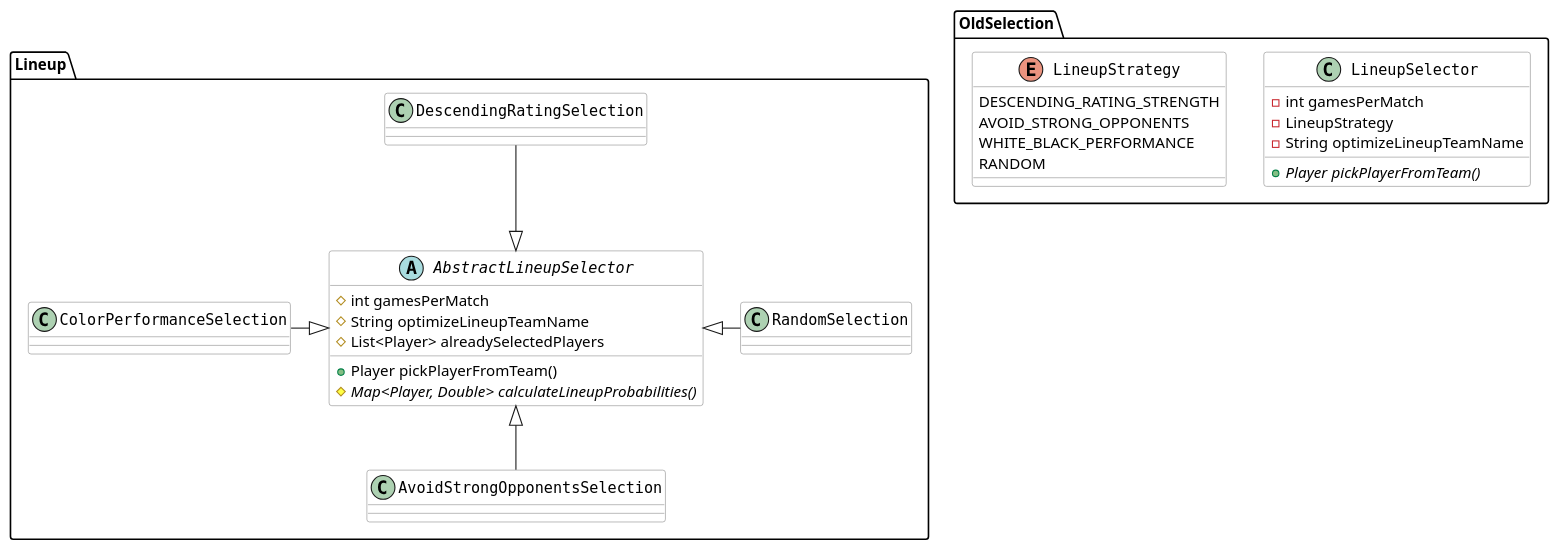
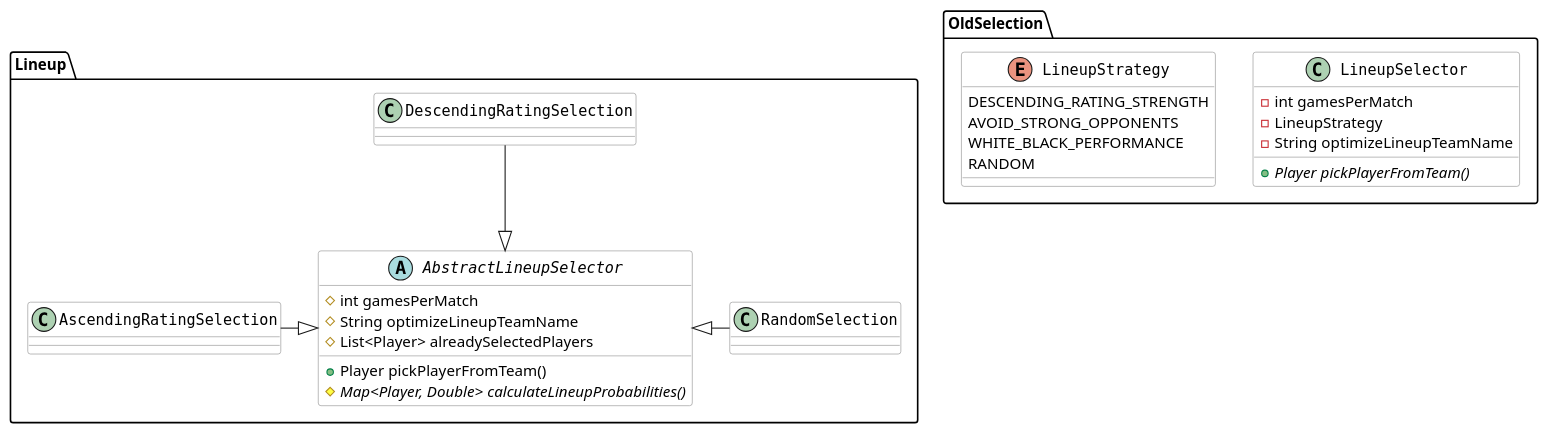
Before and after one commit to ben05s/league-montecarlo-simulation: the diagram in diagrams/lineup.puml, drawn with PlantUML. The commit also changed 4 other files, not shown here.

Commit message:
changed diagram

```diff
--- a/diagrams/lineup.puml
+++ b/diagrams/lineup.puml
@@ -1,42 +1,41 @@
 @startuml
 
 skinparam class {
     FontColor black
     BackgroundColor white
     BorderColor grey
     FontName Monospaced
 }
 
 package "Lineup" {
     abstract AbstractLineupSelector {
         #int gamesPerMatch
         #String optimizeLineupTeamName
         #List<Player> alreadySelectedPlayers
 
         +Player pickPlayerFromTeam()
         #{abstract} Map<Player, Double> calculateLineupProbabilities()
     }
 
-    AbstractLineupSelector <|-- AvoidStrongOpponentsSelection
-    ColorPerformanceSelection -|> AbstractLineupSelector
+    AscendingRatingSelection -|> AbstractLineupSelector
     DescendingRatingSelection --|> AbstractLineupSelector
     AbstractLineupSelector <|- RandomSelection
 }
 
 package "OldSelection" {
     class LineupSelector {
         -int gamesPerMatch
         -LineupStrategy
         -String optimizeLineupTeamName
         +{abstract}Player pickPlayerFromTeam()
     }
 
     enum LineupStrategy {
         DESCENDING_RATING_STRENGTH
         AVOID_STRONG_OPPONENTS
         WHITE_BLACK_PERFORMANCE
         RANDOM
     }
 }
 
 @enduml
```
